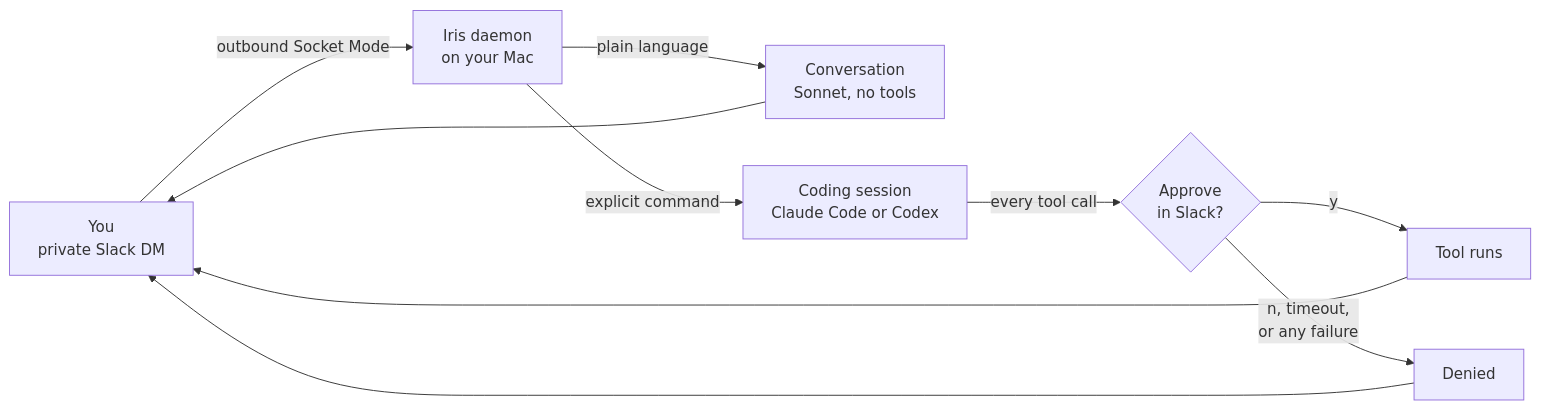
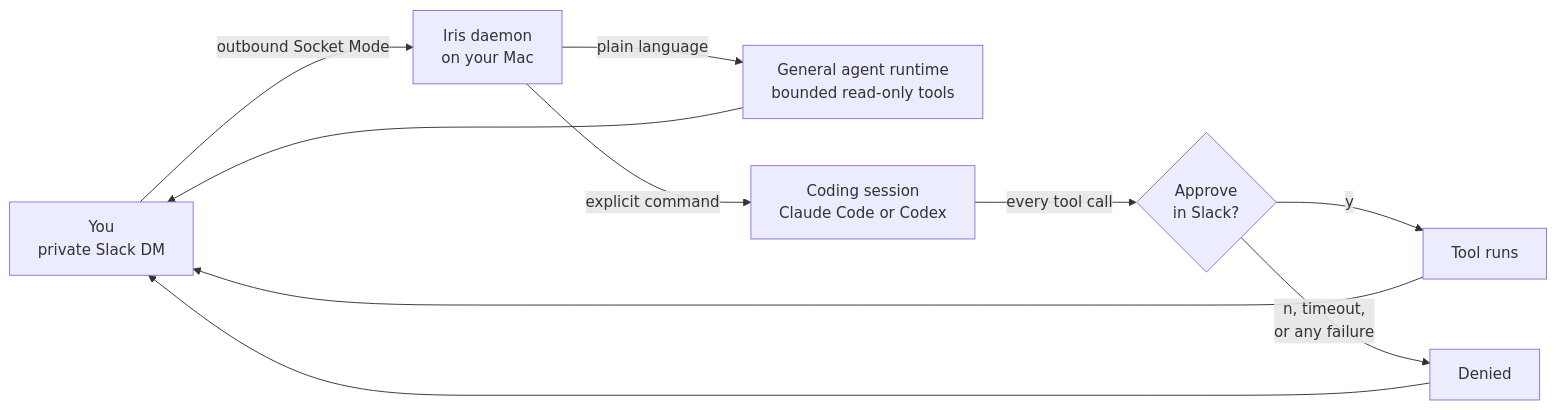
One commit to randyren278/iris changed the diagram in README.md. Above: the diagram before and after it, drawn with Mermaid. The commit also changed other lines of this file and 37 other files, not shown here.

Commit message:
Add bounded general agent runtime

````diff
--- a/README.md
+++ b/README.md
@@ -43,12 +43,12 @@
 ```mermaid
 flowchart LR
     you["You<br/>private Slack DM"] -- "outbound Socket Mode" --> iris["Iris daemon<br/>on your Mac"]
-    iris -- "plain language" --> talk["Conversation<br/>Sonnet, no tools"]
+    iris -- "plain language" --> talk["General agent runtime<br/>bounded read-only tools"]
     iris -- "explicit command" --> code["Coding session<br/>Claude Code or Codex"]
     code -- "every tool call" --> gate{"Approve<br/>in Slack?"}
     gate -- "y" --> run["Tool runs"]
     gate -- "n, timeout,<br/>or any failure" --> deny["Denied"]
     talk --> you
     run --> you
     deny --> you
 ```
````
